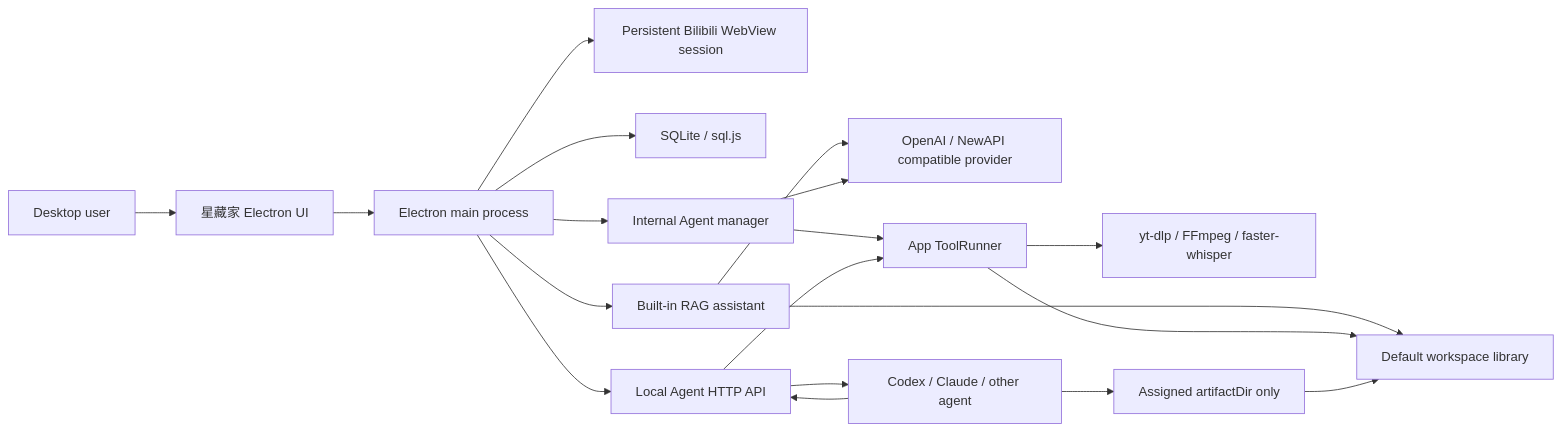
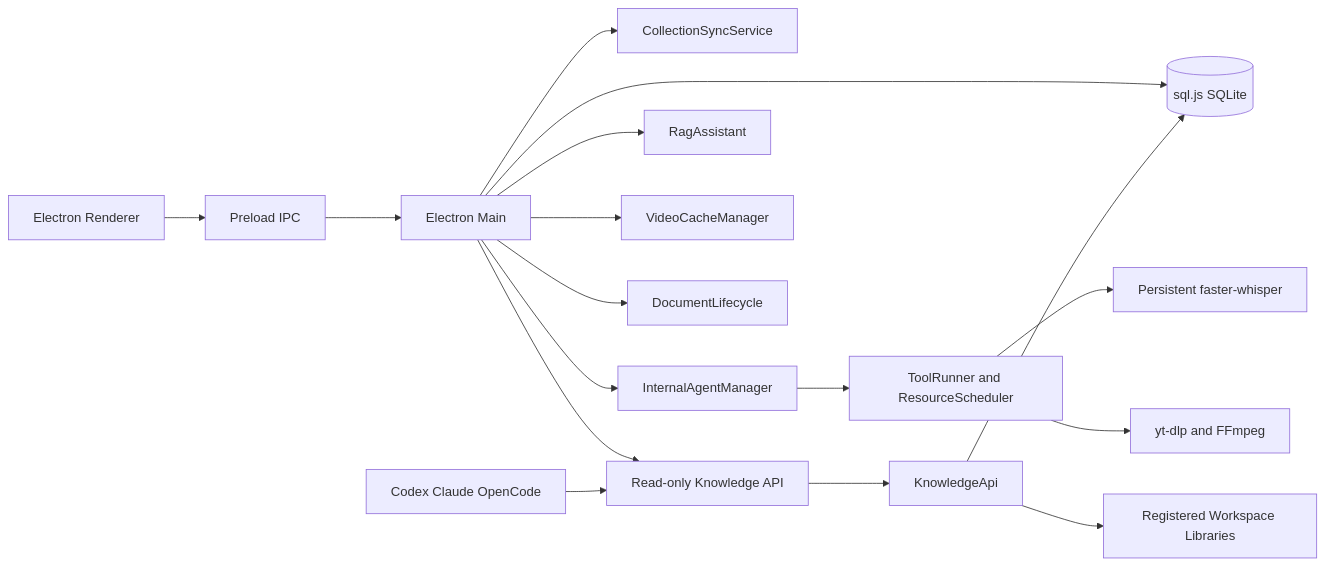
Before and after one commit to Fenglin-Maple/star-owner: the diagram in DESIGN.md, drawn with Mermaid. The commit also changed other lines of this file and 32 other files, not shown here.

Commit message:
feat: internalize video workflows and expose knowledge API

````diff
--- a/DESIGN.md
+++ b/DESIGN.md
@@ -26,21 +30,19 @@
 ```mermaid
 flowchart LR
-  User["Desktop user"] --> UI["星藏家 Electron UI"]
-  UI --> Main["Electron main process"]
-  Main --> Bili["Persistent Bilibili WebView session"]
-  Main --> DB["SQLite / sql.js"]
-  Main --> API["Local Agent HTTP API"]
-  Main --> RAG["Built-in RAG assistant"]
-  Main --> Internal["Internal Agent manager"]
-  RAG --> Provider["OpenAI / NewAPI compatible provider"]
-  Internal --> Provider
-  Internal --> Runner
-  RAG --> Library
-  API --> Agent["Codex / Claude / other agent"]
-  Agent --> API
-  API --> Runner["App ToolRunner"]
-  Runner --> Tools["yt-dlp / FFmpeg / faster-whisper"]
-  Runner --> Library["Default workspace library"]
-  Agent --> Assigned["Assigned artifactDir only"]
-  Assigned --> Library
+  UI[Electron Renderer] --> IPC[Preload IPC]
+  IPC --> Main[Electron Main]
+  Main --> Store[(sql.js SQLite)]
+  Main --> Sync[CollectionSyncService]
+  Main --> Internal[InternalAgentManager]
+  Main --> RAG[RagAssistant]
+  Main --> Cache[VideoCacheManager]
+  Main --> Docs[DocumentLifecycle]
+  Internal --> Tools[ToolRunner and ResourceScheduler]
+  Tools --> ASR[Persistent faster-whisper]
+  Tools --> Media[yt-dlp and FFmpeg]
+  Main --> API[Read-only Knowledge API]
+  API --> Knowledge[KnowledgeApi]
+  Knowledge --> Store
+  Knowledge --> Workspace[Registered Workspace Libraries]
+  External[Codex Claude OpenCode] --> API
 ```
````
